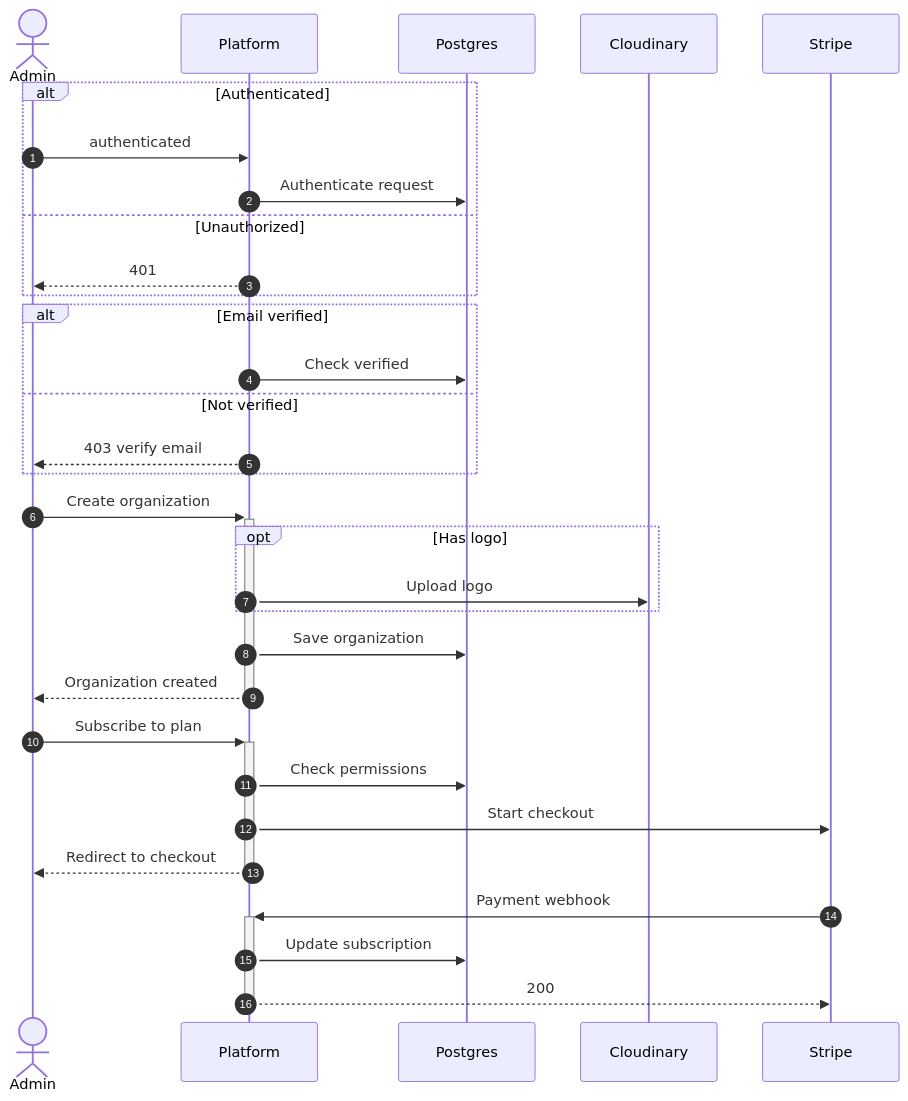
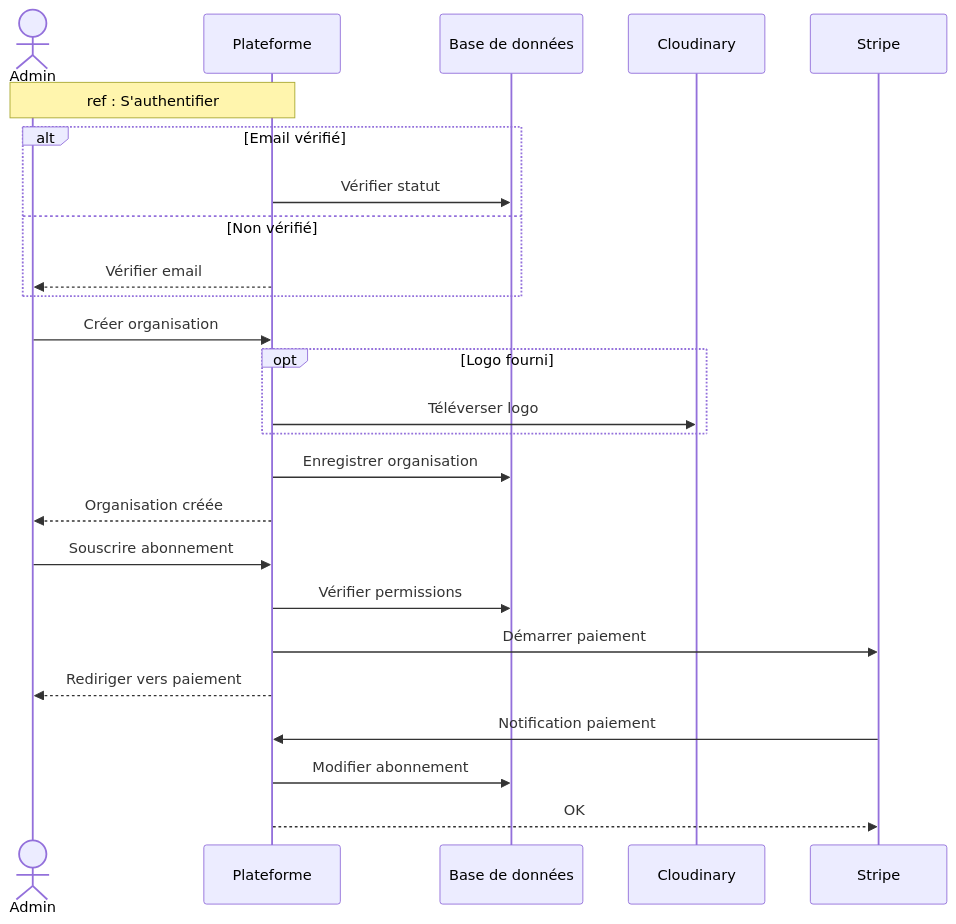
The fourth of 16 diagrams in docs/SEQUENCE_DIAGRAMS.md (MohamedChebbi123/teamnest), drawn with Mermaid before and after one commit. The commit also changed other lines of this file, not shown here.

````diff
--- a/docs/SEQUENCE_DIAGRAMS.md
+++ b/docs/SEQUENCE_DIAGRAMS.md
@@ -139,38 +131,32 @@
 ```mermaid
 sequenceDiagram
-    autonumber
     actor Admin
-    participant API as Platform
-    participant DB as Postgres
+    participant API as Plateforme
+    participant DB as Base de données
     participant Cloud as Cloudinary
     participant Stripe
 
-    alt Authenticated
-        Admin->>API: authenticated
-        API->>DB: Authenticate request
-    else Unauthorized
-        API-->>Admin: 401
+    Note over Admin,API: ref : S'authentifier
+
+    alt Email vérifié
+        API->>DB: Vérifier statut
+    else Non vérifié
+        API-->>Admin: Vérifier email
     end
 
-    alt Email verified
-        API->>DB: Check verified
-    else Not verified
-        API-->>Admin: 403 verify email
+    Admin->>API: Créer organisation
+    opt Logo fourni
+        API->>Cloud: Téléverser logo
     end
+    API->>DB: Enregistrer organisation
+    API-->>Admin: Organisation créée
 
-    Admin->>+API: Create organization
-    opt Has logo
-        API->>Cloud: Upload logo
-    end
-    API->>DB: Save organization
-    API-->>-Admin: Organization created
+    Admin->>API: Souscrire abonnement
+    API->>DB: Vérifier permissions
+    API->>Stripe: Démarrer paiement
+    API-->>Admin: Rediriger vers paiement
 
-    Admin->>+API: Subscribe to plan
-    API->>DB: Check permissions
-    API->>Stripe: Start checkout
-    API-->>-Admin: Redirect to checkout
-
-    Stripe->>+API: Payment webhook
-    API->>DB: Update subscription
-    API-->>-Stripe: 200
+    Stripe->>API: Notification paiement
+    API->>DB: Modifier abonnement
+    API-->>Stripe: OK
 ```
````
